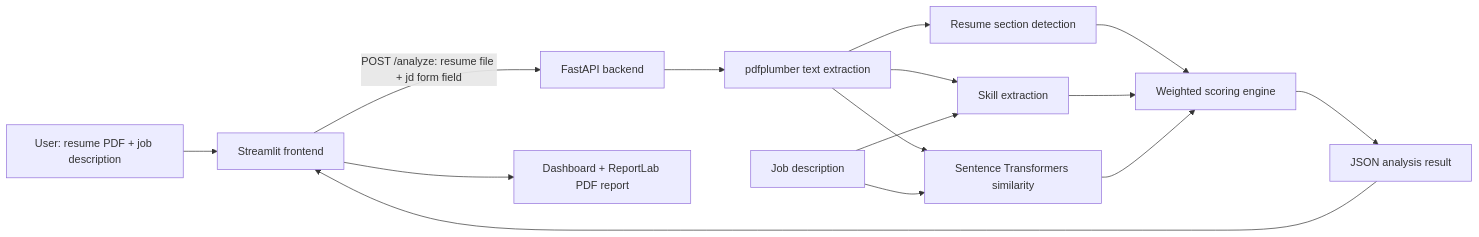
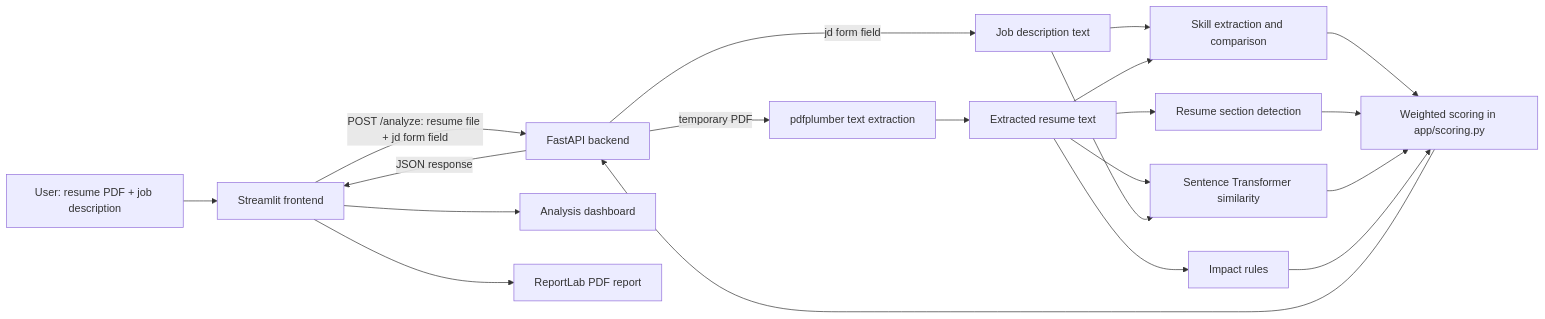
Before and after one commit to Alanbinoy22/AI-RESUME--ANALYZER: the diagram in README.md, drawn with Mermaid. The commit also changed other lines of this file and 1 other file, not shown here.

````diff
--- a/README.md
+++ b/README.md
@@ -30,17 +49,22 @@
 ```mermaid
 flowchart LR
-    U[User: resume PDF + job description] --> UI[Streamlit frontend]
+    USER[User: resume PDF + job description] --> UI[Streamlit frontend]
     UI -->|POST /analyze: resume file + jd form field| API[FastAPI backend]
-    API --> PDF[pdfplumber text extraction]
-    PDF --> SEC[Resume section detection]
-    PDF --> SK[Skill extraction]
-    JD[Job description] --> SK
-    PDF --> SEM[Sentence Transformers similarity]
+    API -->|temporary PDF| PDF[pdfplumber text extraction]
+    API -->|jd form field| JD[Job description text]
+    PDF --> TEXT[Extracted resume text]
+    JD --> SKILLS[Skill extraction and comparison]
+    TEXT --> SKILLS
+    TEXT --> SECTIONS[Resume section detection]
+    TEXT --> SEM[Sentence Transformer similarity]
     JD --> SEM
-    SEC --> SCORE[Weighted scoring engine]
-    SK --> SCORE
+    TEXT --> IMPACT[Impact rules]
+    SKILLS --> SCORE[Weighted scoring in app/scoring.py]
+    SECTIONS --> SCORE
     SEM --> SCORE
-    SCORE --> RESULT[JSON analysis result]
-    RESULT --> UI
-    UI --> OUT[Dashboard + ReportLab PDF report]
+    IMPACT --> SCORE
+    SCORE --> API
+    API -->|JSON response| UI
+    UI --> DASH[Analysis dashboard]
+    UI --> REPORT[ReportLab PDF report]
 ```
````
